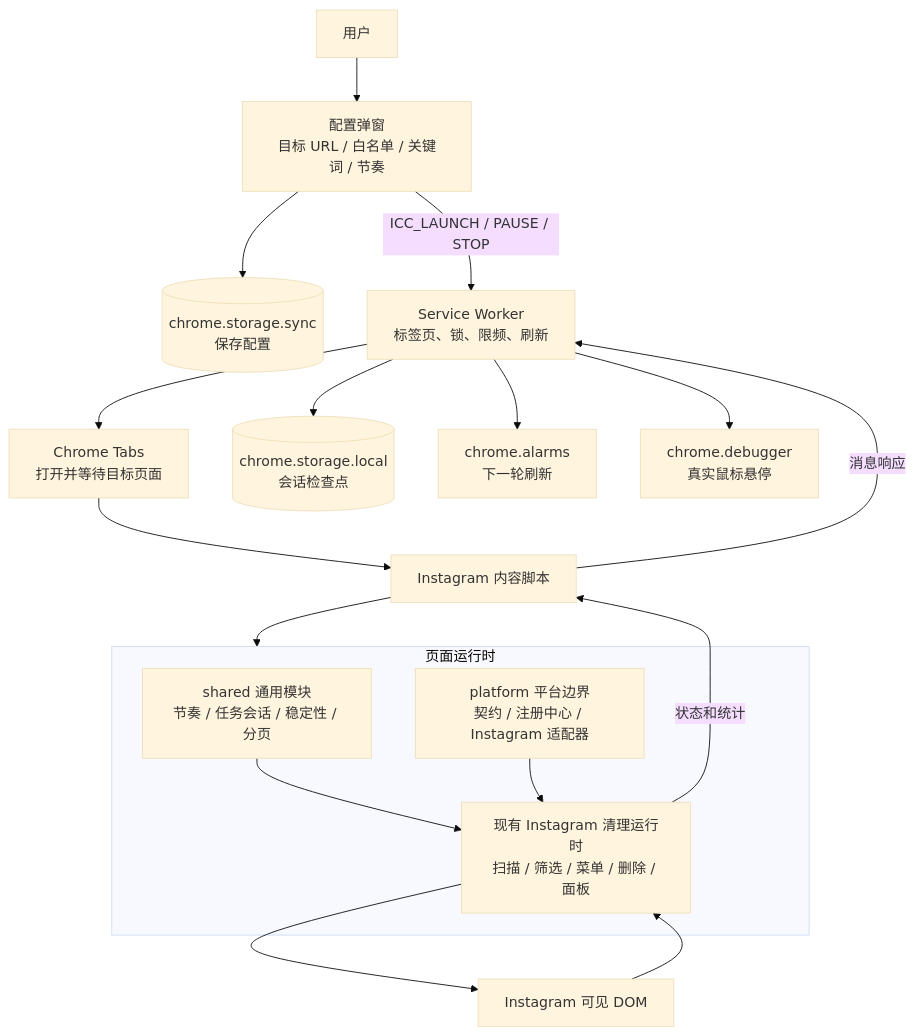
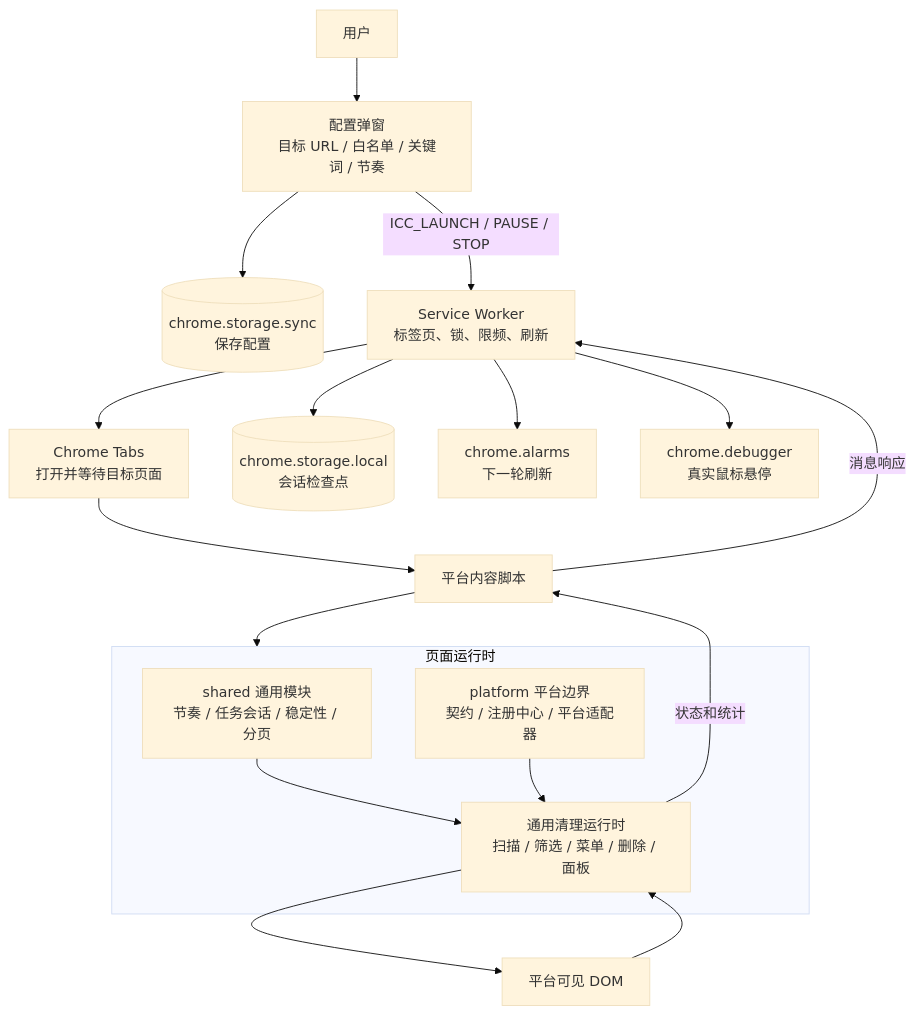
The diagram in README.md (GodLei902/Chrome_Plugins), drawn with Mermaid (base theme) before and after one commit. The commit also changed other lines of this file and 4 other files, not shown here.

````diff
--- a/README.md
+++ b/README.md
@@ -25,26 +25,26 @@
 ```mermaid
 flowchart TD
     User[用户] --> Options[配置弹窗\n目标 URL / 白名单 / 关键词 / 节奏]
     Options --> Sync[(chrome.storage.sync\n保存配置)]
     Options -->|ICC_LAUNCH / PAUSE / STOP| Worker[Service Worker\n标签页、锁、限频、刷新]
 
     Worker --> Tabs[Chrome Tabs\n打开并等待目标页面]
     Worker --> Local[(chrome.storage.local\n会话检查点)]
     Worker --> Alarm[chrome.alarms\n下一轮刷新]
     Worker --> Debugger[chrome.debugger\n真实鼠标悬停]
-    Tabs --> Content[Instagram 内容脚本]
+    Tabs --> Content[平台内容脚本]
 
     subgraph Runtime[页面运行时]
         Shared[shared 通用模块\n节奏 / 任务会话 / 稳定性 / 分页]
-        Platform[platform 平台边界\n契约 / 注册中心 / Instagram 适配器]
-        Legacy[现有 Instagram 清理运行时\n扫描 / 筛选 / 菜单 / 删除 / 面板]
+        Platform[platform 平台边界\n契约 / 注册中心 / 平台适配器]
+        Legacy[通用清理运行时\n扫描 / 筛选 / 菜单 / 删除 / 面板]
         Shared --> Legacy
         Platform --> Legacy
     end
 
     Content --> Runtime
-    Legacy --> DOM[Instagram 可见 DOM]
+    Legacy --> DOM[平台可见 DOM]
     DOM --> Legacy
     Legacy -->|状态和统计| Content
     Content -->|消息响应| Worker
 ```
````
